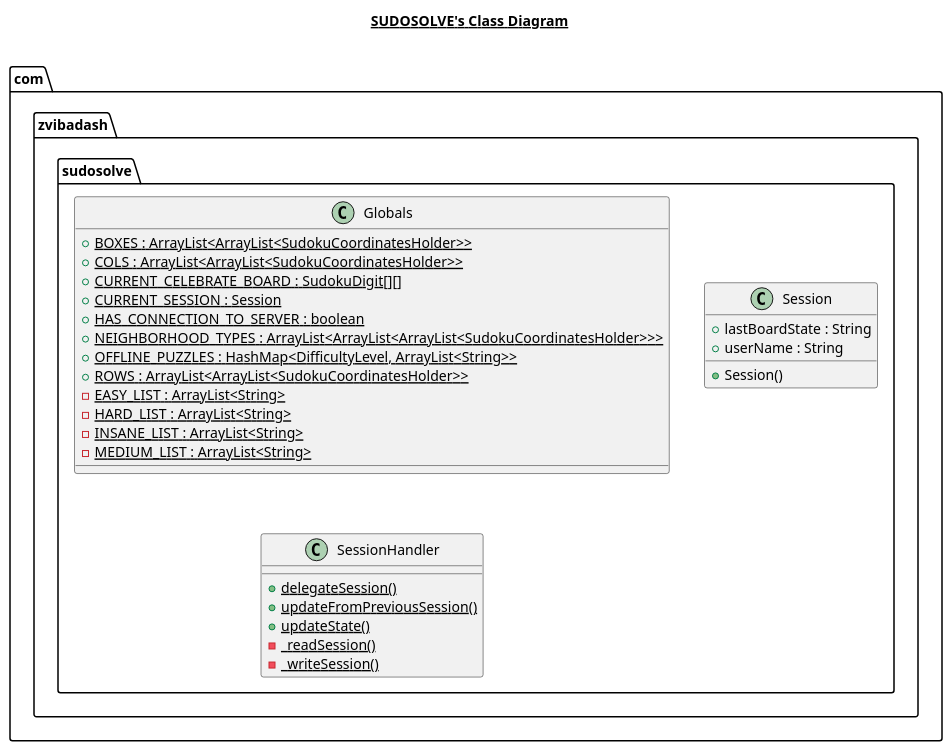
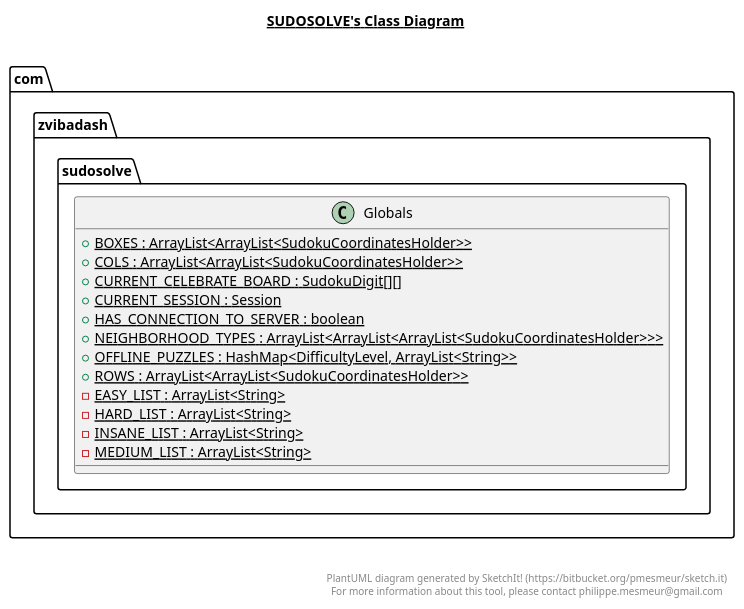
The diagram in app/src/main/java/com/zvibadash/sudosolve/sudosolve.plantuml (Zvi-Badash/Sudo-Solve), drawn with PlantUML before and after one commit. The commit also changed 10 other files, not shown here.

```diff
--- a/app/src/main/java/com/zvibadash/sudosolve/sudosolve.plantuml
+++ b/app/src/main/java/com/zvibadash/sudosolve/sudosolve.plantuml
@@ -1,42 +1,32 @@
 @startuml
 
 title __SUDOSOLVE's Class Diagram__\n
 
   namespace com.zvibadash.sudosolve {
     class com.zvibadash.sudosolve.Globals {
         {static} + BOXES : ArrayList<ArrayList<SudokuCoordinatesHolder>>
         {static} + COLS : ArrayList<ArrayList<SudokuCoordinatesHolder>>
         {static} + CURRENT_CELEBRATE_BOARD : SudokuDigit[][]
         {static} + CURRENT_SESSION : Session
         {static} + HAS_CONNECTION_TO_SERVER : boolean
         {static} + NEIGHBORHOOD_TYPES : ArrayList<ArrayList<ArrayList<SudokuCoordinatesHolder>>>
         {static} + OFFLINE_PUZZLES : HashMap<DifficultyLevel, ArrayList<String>>
         {static} + ROWS : ArrayList<ArrayList<SudokuCoordinatesHolder>>
         {static} - EASY_LIST : ArrayList<String>
         {static} - HARD_LIST : ArrayList<String>
         {static} - INSANE_LIST : ArrayList<String>
         {static} - MEDIUM_LIST : ArrayList<String>
     }
   }
   
 
-  namespace com.zvibadash.sudosolve {
-    class com.zvibadash.sudosolve.Session {
-        + lastBoardState : String
-        + userName : String
-        + Session()
-    }
-  }
-  
 
-  namespace com.zvibadash.sudosolve {
-    class com.zvibadash.sudosolve.SessionHandler {
-        {static} + delegateSession()
-        {static} + updateFromPreviousSession()
-        {static} + updateState()
-        {static} - _readSession()
-        {static} - _writeSession()
-    }
-  }
+
+right footer
+
+
+PlantUML diagram generated by SketchIt! (https://bitbucket.org/pmesmeur/sketch.it)
+For more information about this tool, please contact philippe.mesmeur@gmail.com
+endfooter
 
 @enduml
```
